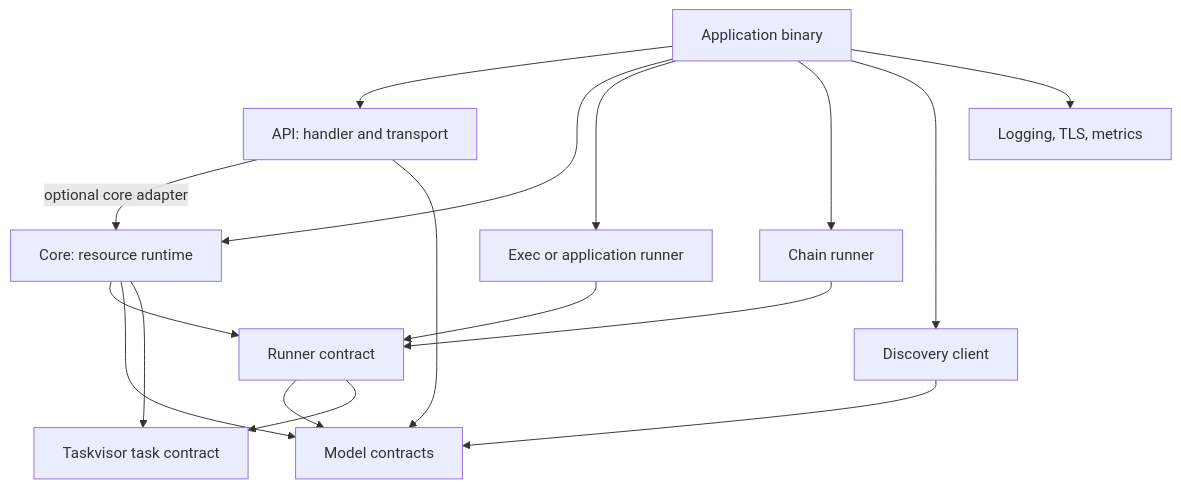
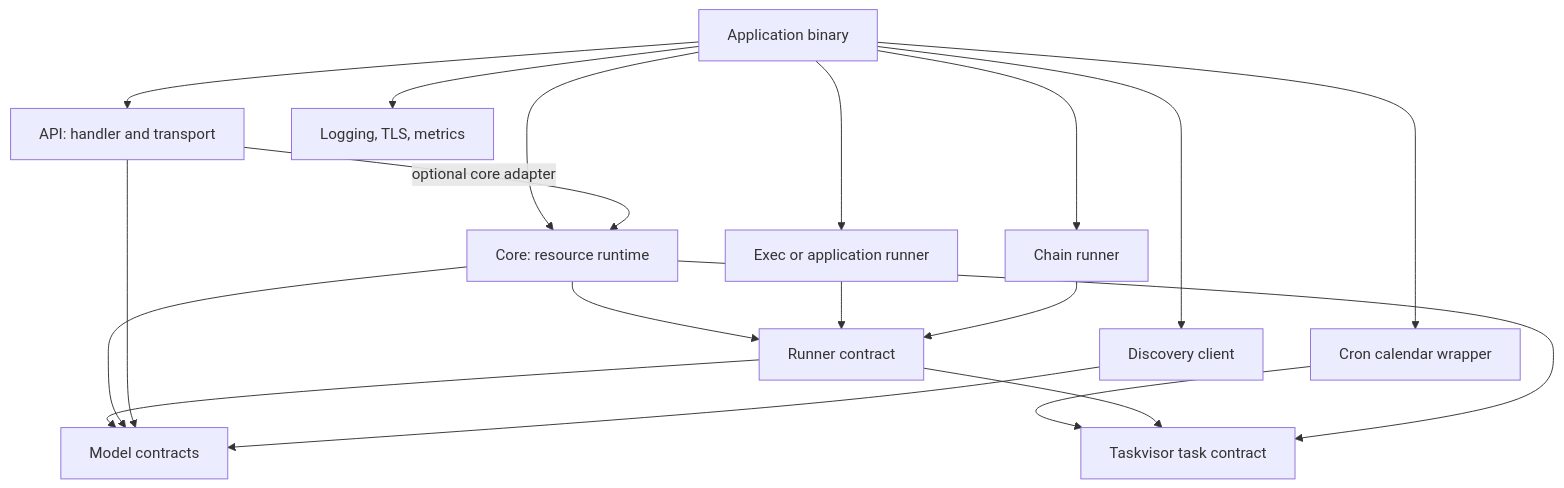
One commit to soltiHQ/sdk changed the diagram in docs/architecture.md. Above: the diagram before and after it, drawn with Mermaid. The commit also changed other lines of this file and 79 other files, not shown here.

````diff
--- a/docs/architecture.md
+++ b/docs/architecture.md
@@ -42,21 +42,23 @@
 ```mermaid
 flowchart TB
 accTitle: Application composition and dependency boundaries
 accDescr: The application connects independent SDK layers. Core and execution share the runner contract rather than depending on each other.
 App["Application binary"] --> API["API: handler and transport"]
 App --> Core["Core: resource runtime"]
 App --> Exec["Exec or application runner"]
 App --> Chain["Chain runner"]
+App --> Cron["Cron calendar wrapper"]
+Cron --> TV["Taskvisor task contract"]
 App --> Discovery["Discovery client"]
 App --> Ops["Logging, TLS, metrics"]
 API -->|"optional core adapter"| Core
 Core --> Runner["Runner contract"]
 Exec --> Runner
 Chain --> Runner
 Runner --> Model["Model contracts"]
 Core --> Model
 API --> Model
 Discovery --> Model
 Runner --> TV["Taskvisor task contract"]
 Core --> TV
 ```
````
